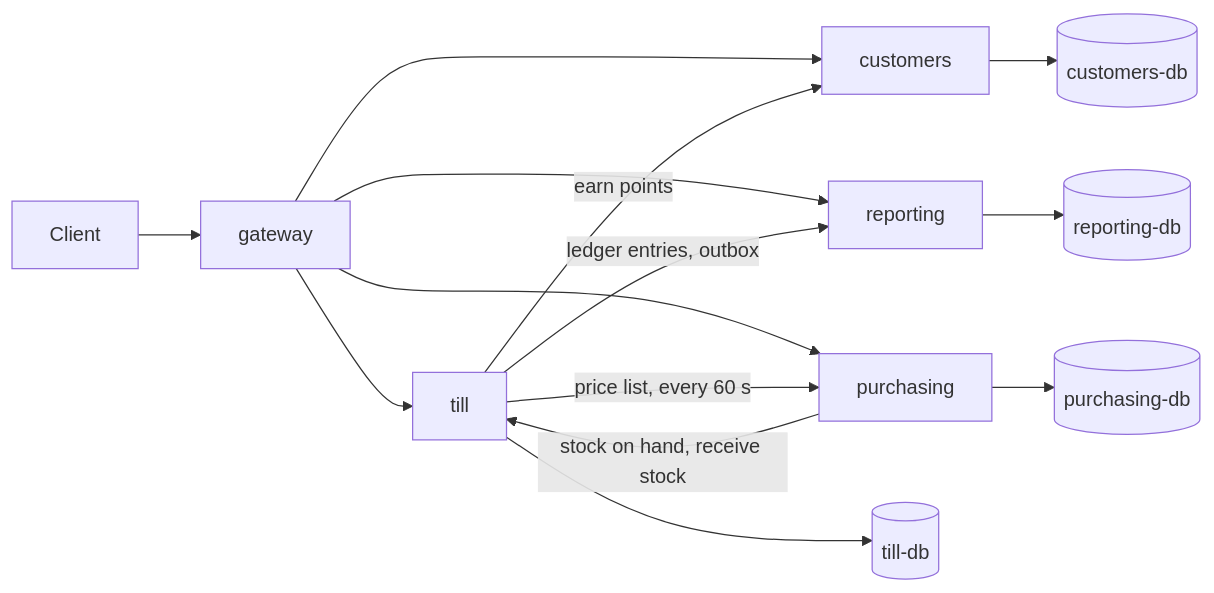
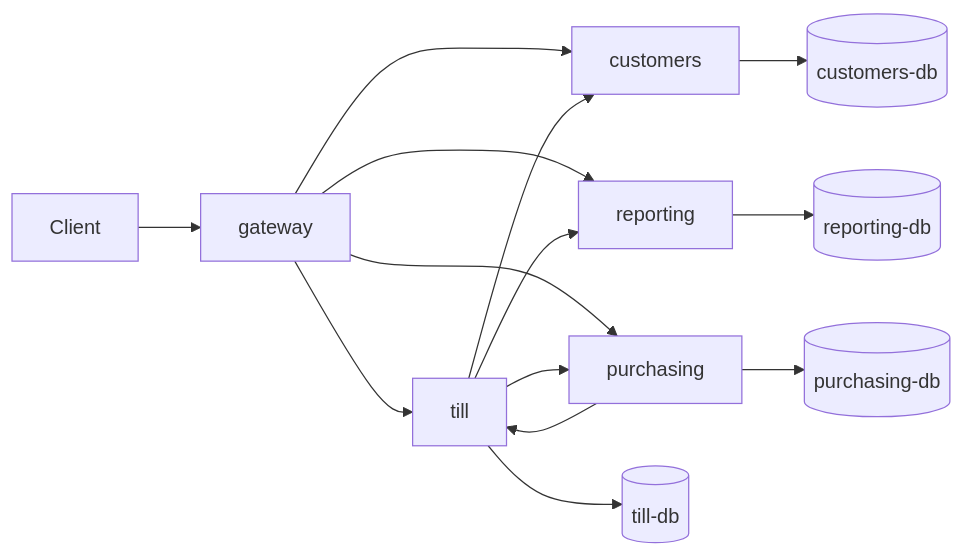
One commit to karliskalnakarklis/Group-F changed the tenth of 15 diagrams in docs/design.md. Above: the diagram before and after it, drawn with Mermaid. The commit also changed other lines of this file, not shown here.

Commit message:
Fix variant B diagrams and clean up design

````diff
--- a/docs/design.md
+++ b/docs/design.md
@@ -487,13 +481,11 @@
 ```mermaid
 flowchart LR
     client[Client] --> gw[gateway]
     gw --> till & purchasing & customers & reporting
-    till -->|earn points| customers
-    till -->|ledger entries, outbox| reporting
-    till -->|price list, every 60 s| purchasing
-    purchasing -->|stock on hand, receive stock| till
+    till --> customers & reporting & purchasing
+    purchasing --> till
     till --> tdb[(till-db)]
     purchasing --> pdb[(purchasing-db)]
     customers --> cdb[(customers-db)]
     reporting --> rdb[(reporting-db)]
 ```
````
